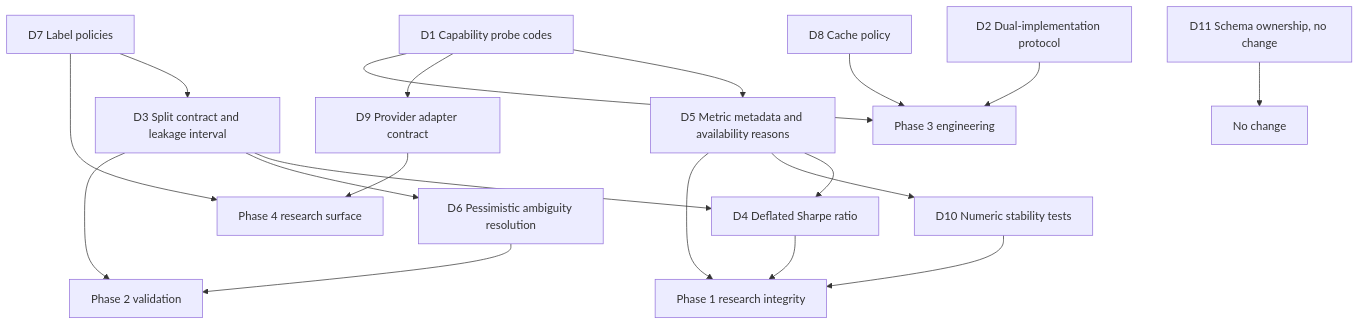
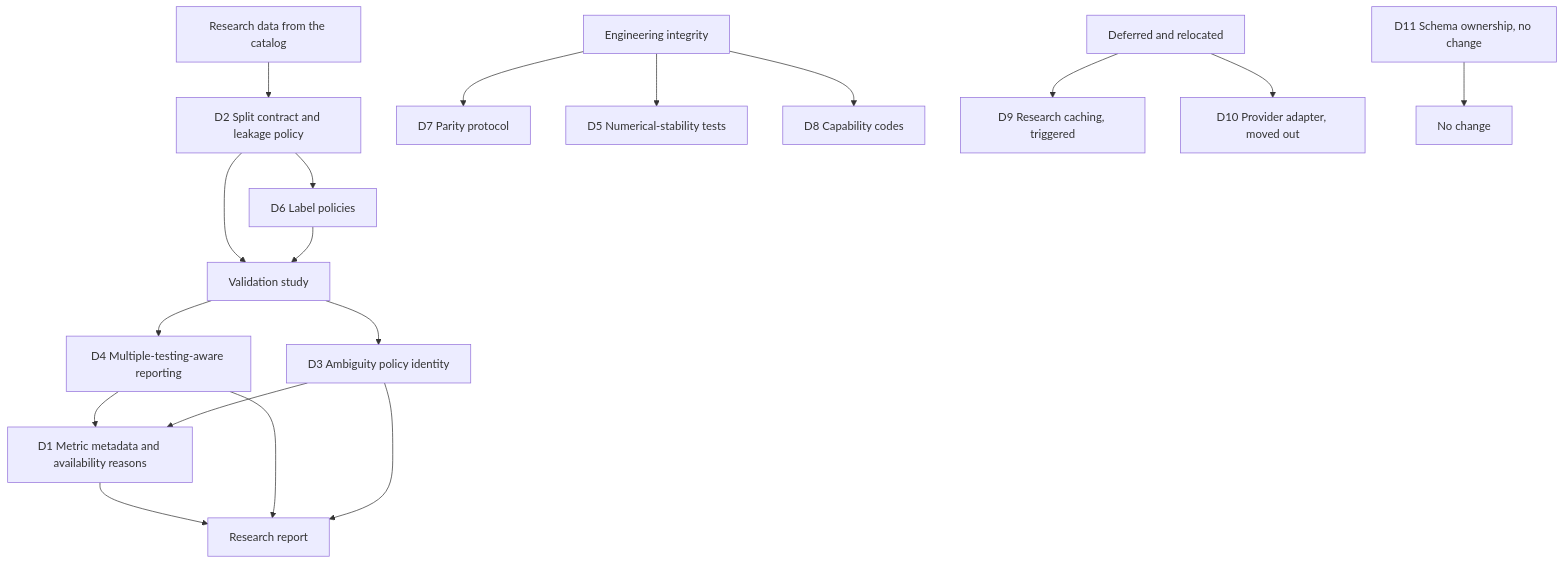
The diagram in docs/design/vectorbt_lessons_design.md (Ghostfusion/nautilus_trader), drawn with Mermaid before and after one commit. The commit also changed other lines of this file and 1 other file, not shown here.

````diff
--- a/docs/design/vectorbt_lessons_design.md
+++ b/docs/design/vectorbt_lessons_design.md
@@ -447,21 +635,22 @@
 ```mermaid
 graph TD
-    D1["D1 Capability probe codes"] --> D5["D5 Metric metadata and availability reasons"]
-    D1 --> D9["D9 Provider adapter contract"]
-    D5 --> D4["D4 Deflated Sharpe ratio"]
-    D5 --> D10["D10 Numeric stability tests"]
-    D3["D3 Split contract and leakage interval"] --> D4
-    D3 --> D6["D6 Pessimistic ambiguity resolution"]
-    D7["D7 Label policies"] --> D3
-    D4 --> P1["Phase 1 research integrity"]
-    D5 --> P1
-    D10 --> P1
-    D3 --> P2["Phase 2 validation"]
-    D6 --> P2
-    D2["D2 Dual-implementation protocol"] --> P3["Phase 3 engineering"]
-    D8["D8 Cache policy"] --> P3
-    D1 --> P3
-    D7 --> P4["Phase 4 research surface"]
-    D9 --> P4
+    DATA["Research data from the catalog"] --> D2["D2 Split contract and leakage policy"]
+    D2 --> D6["D6 Label policies"]
+    D2 --> STUDY["Validation study"]
+    D6 --> STUDY
+    STUDY --> D4["D4 Multiple-testing-aware reporting"]
+    STUDY --> D3["D3 Ambiguity policy identity"]
+    D4 --> D1["D1 Metric metadata and availability reasons"]
+    D3 --> D1
+    D1 --> RPT["Research report"]
+    D4 --> RPT
+    D3 --> RPT
+
+    ENG["Engineering integrity"] --> D7["D7 Parity protocol"]
+    ENG --> D5["D5 Numerical-stability tests"]
+    ENG --> D8["D8 Capability codes"]
+
+    DEF["Deferred and relocated"] --> D9["D9 Research caching, triggered"]
+    DEF --> D10["D10 Provider adapter, moved out"]
     D11["D11 Schema ownership, no change"] --> X["No change"]
 ```
````
